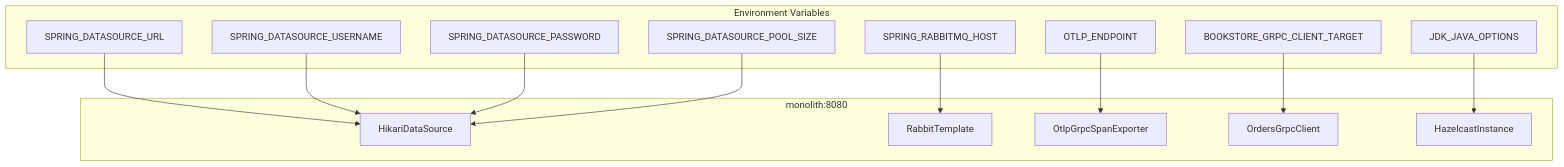
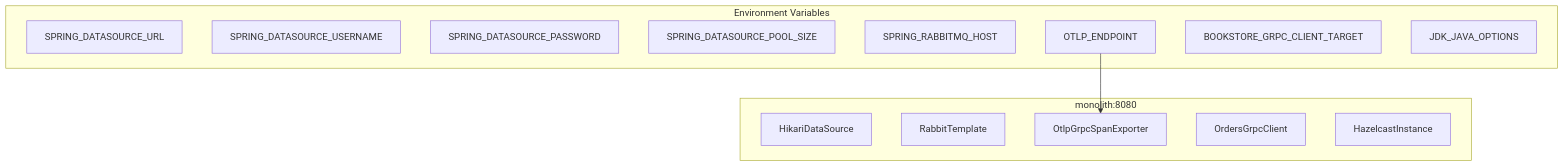
One commit to philipz/spring-modular-monolith changed the second of 7 diagrams in docs/deepwiki/Environment-Variables.md. Above: the diagram before and after it, drawn with Mermaid. The commit also changed other lines of this file and 32 other files, not shown here.

````diff
--- a/docs/deepwiki/Environment-Variables.md
+++ b/docs/deepwiki/Environment-Variables.md
@@ -122,45 +122,38 @@
 ```mermaid
 flowchart TD
 
 DB_URL["SPRING_DATASOURCE_URL"]
 DB_USER["SPRING_DATASOURCE_USERNAME"]
 DB_PASS["SPRING_DATASOURCE_PASSWORD"]
 DB_POOL["SPRING_DATASOURCE_POOL_SIZE"]
 MQ_HOST["SPRING_RABBITMQ_HOST"]
 OTLP["OTLP_ENDPOINT"]
 GRPC_TARGET["BOOKSTORE_GRPC_CLIENT_TARGET"]
 JDK_OPTS["JDK_JAVA_OPTIONS"]
 DataSource["HikariDataSource"]
 RabbitTemplate["RabbitTemplate"]
 OTLPExporter["OtlpGrpcSpanExporter"]
 OrdersClient["OrdersGrpcClient"]
 HazelcastInst["HazelcastInstance"]
 
-DB_URL --> DataSource
-DB_USER --> DataSource
-DB_PASS --> DataSource
-DB_POOL --> DataSource
-MQ_HOST --> RabbitTemplate
 OTLP --> OTLPExporter
-GRPC_TARGET --> OrdersClient
-JDK_OPTS --> HazelcastInst
 
 subgraph monolith:8080 ["monolith:8080"]
     DataSource
     RabbitTemplate
     OTLPExporter
     OrdersClient
     HazelcastInst
 end
 
 subgraph subGraph0 ["Environment Variables"]
     DB_URL
     DB_USER
     DB_PASS
     DB_POOL
     MQ_HOST
     OTLP
     GRPC_TARGET
     JDK_OPTS
 end
 ```
````
